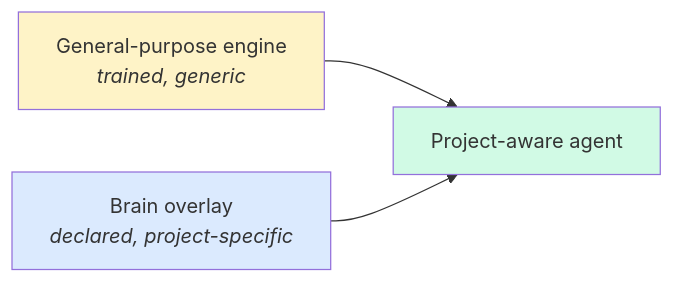
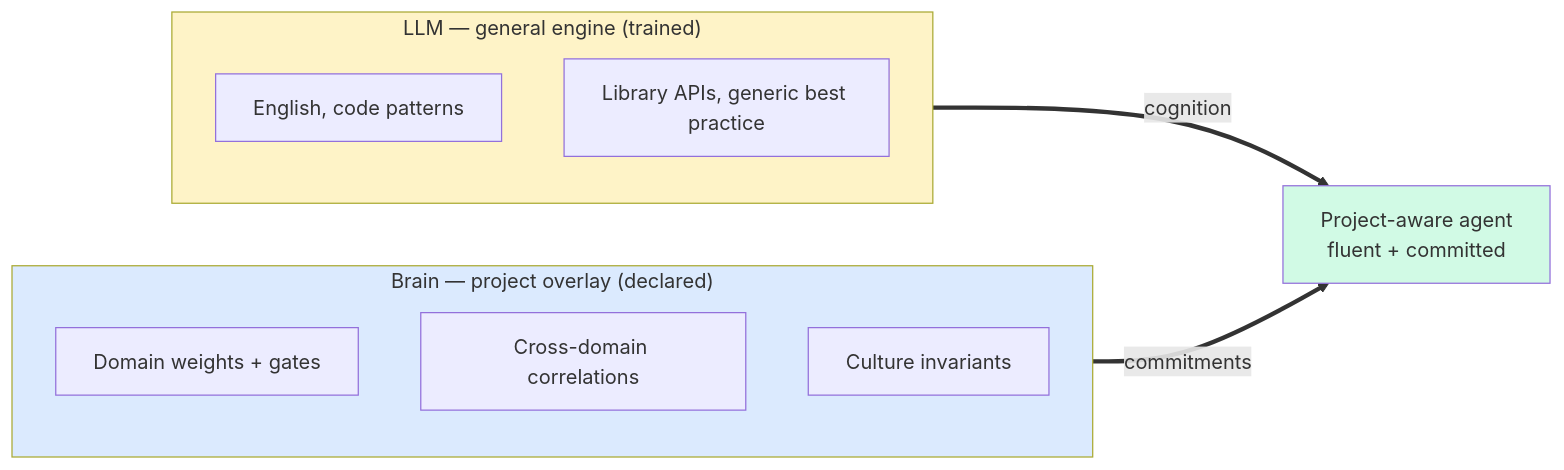
The first of 2 diagrams in PITCH.md (KeenanHoffman/NeuroGrim), drawn with Mermaid before and after one commit. The commit also changed other lines of this file and 1 other file, not shown here.

````diff
--- a/PITCH.md
+++ b/PITCH.md
@@ -26,11 +30,18 @@
 ```mermaid
 flowchart LR
-    LLM["General-purpose engine<br/><i>trained, generic</i>"]
-    Brain["Brain overlay<br/><i>declared, project-specific</i>"]
-    Agent["Project-aware agent"]
-    LLM --> Agent
-    Brain --> Agent
+    subgraph LLM["LLM — general engine (trained)"]
+        L1["English, code patterns"]
+        L2["Library APIs, generic best practice"]
+    end
+    subgraph Brain["Brain — project overlay (declared)"]
+        B1["Domain weights + gates"]
+        B2["Cross-domain correlations"]
+        B3["Culture invariants"]
+    end
+    Agent["Project-aware agent<br/>fluent + committed"]
+    LLM ==>|cognition| Agent
+    Brain ==>|commitments| Agent
     style LLM fill:#fef3c7
     style Brain fill:#dbeafe
     style Agent fill:#d1fae5
 ```
````
